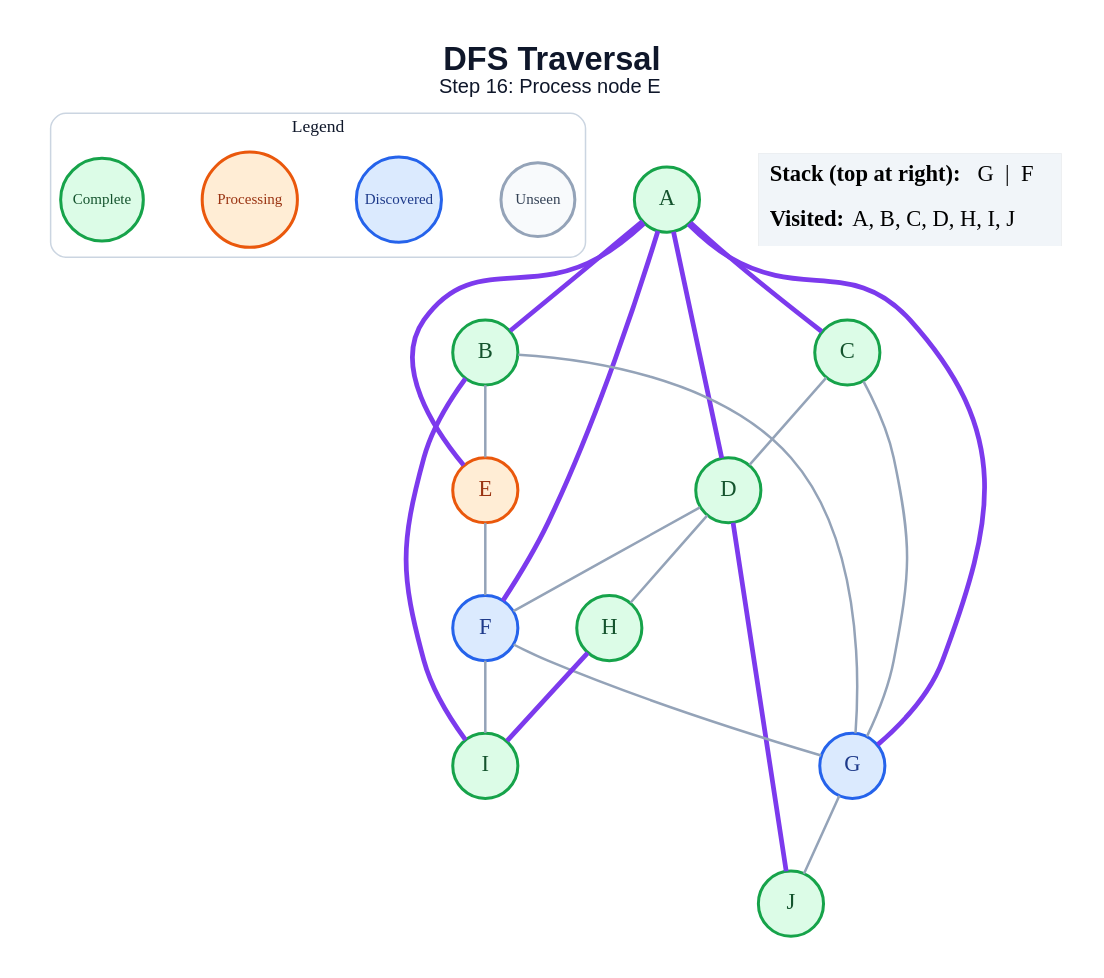
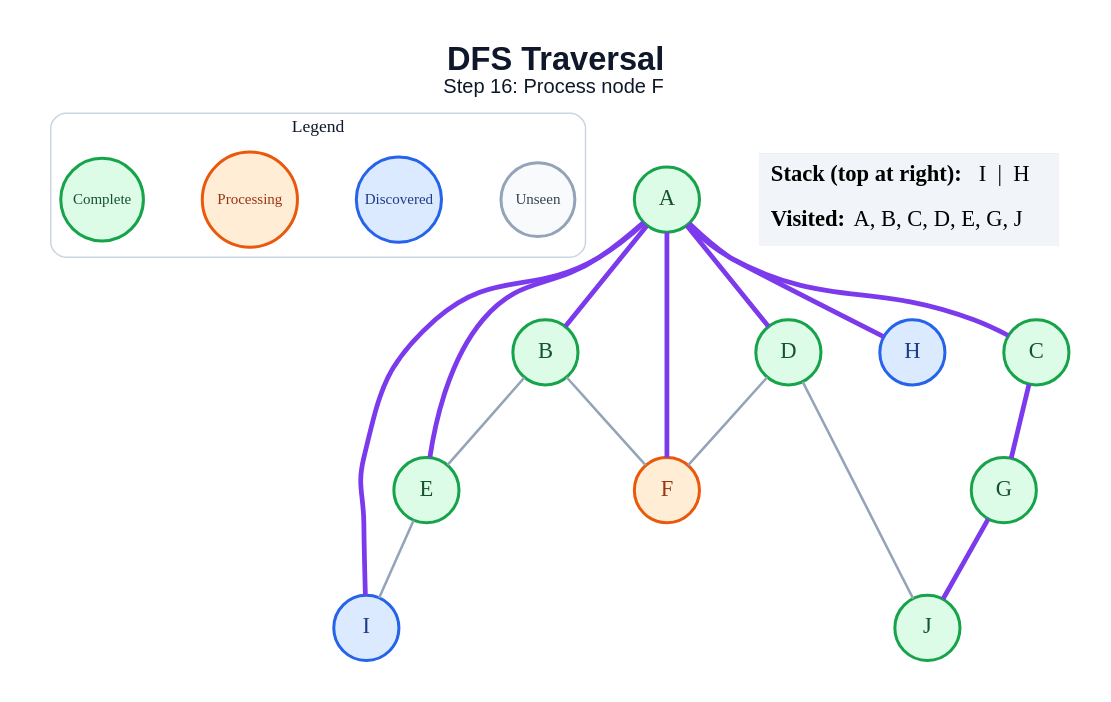
Before and after one commit to amanghodawala9/ai-slop: the diagram in generated/dfs/step_16.dot, drawn with Graphviz. The commit also changed 178 other files, not shown here.

```diff
--- a/generated/dfs/step_16.dot
+++ b/generated/dfs/step_16.dot
@@ -1,48 +1,43 @@
 graph traversal {
   graph [layout=dot, rankdir=TB, bgcolor="#FFFFFF", pad="0.35", nodesep="0.65", ranksep="0.8", fontname="Arial"];
   node [shape=circle, style="filled", fontname="Arial Bold", fontsize=18, width=0.72, fixedsize=true, penwidth=2.4];
   edge [color="#94A3B8", penwidth=2.0];
-  label=<<B>DFS Traversal</B><BR/><FONT POINT-SIZE="16">Step 16: Process node E</FONT>>; labelloc="t"; fontsize=26; fontname="Arial"; fontcolor="#0F172A";
+  label=<<B>DFS Traversal</B><BR/><FONT POINT-SIZE="16">Step 16: Process node F</FONT>>; labelloc="t"; fontsize=26; fontname="Arial"; fontcolor="#0F172A";
   subgraph cluster_legend { label="Legend"; color="#CBD5E1"; penwidth=1.2; style="rounded"; fontsize=14; fontname="Arial Bold";
     key_unseen [label="Unseen", fillcolor="#F8FAFC", color="#94A3B8", fontcolor="#334155", fontsize=12, width=0.82];
     key_frontier [label="Discovered", fillcolor="#DBEAFE", color="#2563EB", fontcolor="#1E3A8A", fontsize=12, width=0.95];
     key_current [label="Processing", fillcolor="#FFEDD5", color="#EA580C", fontcolor="#9A3412", fontsize=12, width=1.05];
     key_done [label="Complete", fillcolor="#DCFCE7", color="#16A34A", fontcolor="#14532D", fontsize=12, width=0.92];
     { rank=same; key_unseen; key_frontier; key_current; key_done; }
   }
   A [fillcolor="#DCFCE7", color="#16A34A", fontcolor="#14532D"];
   B [fillcolor="#DCFCE7", color="#16A34A", fontcolor="#14532D"];
   C [fillcolor="#DCFCE7", color="#16A34A", fontcolor="#14532D"];
   D [fillcolor="#DCFCE7", color="#16A34A", fontcolor="#14532D"];
-  E [fillcolor="#FFEDD5", color="#EA580C", fontcolor="#9A3412"];
-  F [fillcolor="#DBEAFE", color="#2563EB", fontcolor="#1E3A8A"];
-  G [fillcolor="#DBEAFE", color="#2563EB", fontcolor="#1E3A8A"];
-  H [fillcolor="#DCFCE7", color="#16A34A", fontcolor="#14532D"];
-  I [fillcolor="#DCFCE7", color="#16A34A", fontcolor="#14532D"];
+  E [fillcolor="#DCFCE7", color="#16A34A", fontcolor="#14532D"];
+  F [fillcolor="#FFEDD5", color="#EA580C", fontcolor="#9A3412"];
+  G [fillcolor="#DCFCE7", color="#16A34A", fontcolor="#14532D"];
+  H [fillcolor="#DBEAFE", color="#2563EB", fontcolor="#1E3A8A"];
+  I [fillcolor="#DBEAFE", color="#2563EB", fontcolor="#1E3A8A"];
   J [fillcolor="#DCFCE7", color="#16A34A", fontcolor="#14532D"];
   A -- B [color="#7C3AED", penwidth=3.8];
   A -- C [color="#7C3AED", penwidth=3.8];
   A -- D [color="#7C3AED", penwidth=3.8];
   A -- E [color="#7C3AED", penwidth=3.8];
   A -- F [color="#7C3AED", penwidth=3.8];
-  A -- G [color="#7C3AED", penwidth=3.8];
+  A -- H [color="#7C3AED", penwidth=3.8];
+  A -- I [color="#7C3AED", penwidth=3.8];
   B -- E;
-  B -- G;
-  B -- I [color="#7C3AED", penwidth=3.8];
-  C -- D;
-  C -- G;
+  B -- F;
+  C -- G [color="#7C3AED", penwidth=3.8];
   D -- F;
-  D -- H;
-  D -- J [color="#7C3AED", penwidth=3.8];
-  E -- F;
-  F -- G;
-  F -- I;
-  G -- J;
-  H -- I [color="#7C3AED", penwidth=3.8];
+  D -- J;
+  E -- I;
+  G -- J [color="#7C3AED", penwidth=3.8];
   status [shape=plain, fixedsize=false, width=0, height=0, margin=0, label=<
     <TABLE BORDER="0" CELLBORDER="0" CELLPADDING="7" BGCOLOR="#F1F5F9">
-      <TR><TD ALIGN="LEFT"><B>Stack (top at right):</B> G  |  F</TD></TR>
-      <TR><TD ALIGN="LEFT"><B>Visited:</B> A, B, C, D, H, I, J</TD></TR>
+      <TR><TD ALIGN="LEFT"><B>Stack (top at right):</B> I  |  H</TD></TR>
+      <TR><TD ALIGN="LEFT"><B>Visited:</B> A, B, C, D, E, G, J</TD></TR>
     </TABLE>
   >];
 }
```
